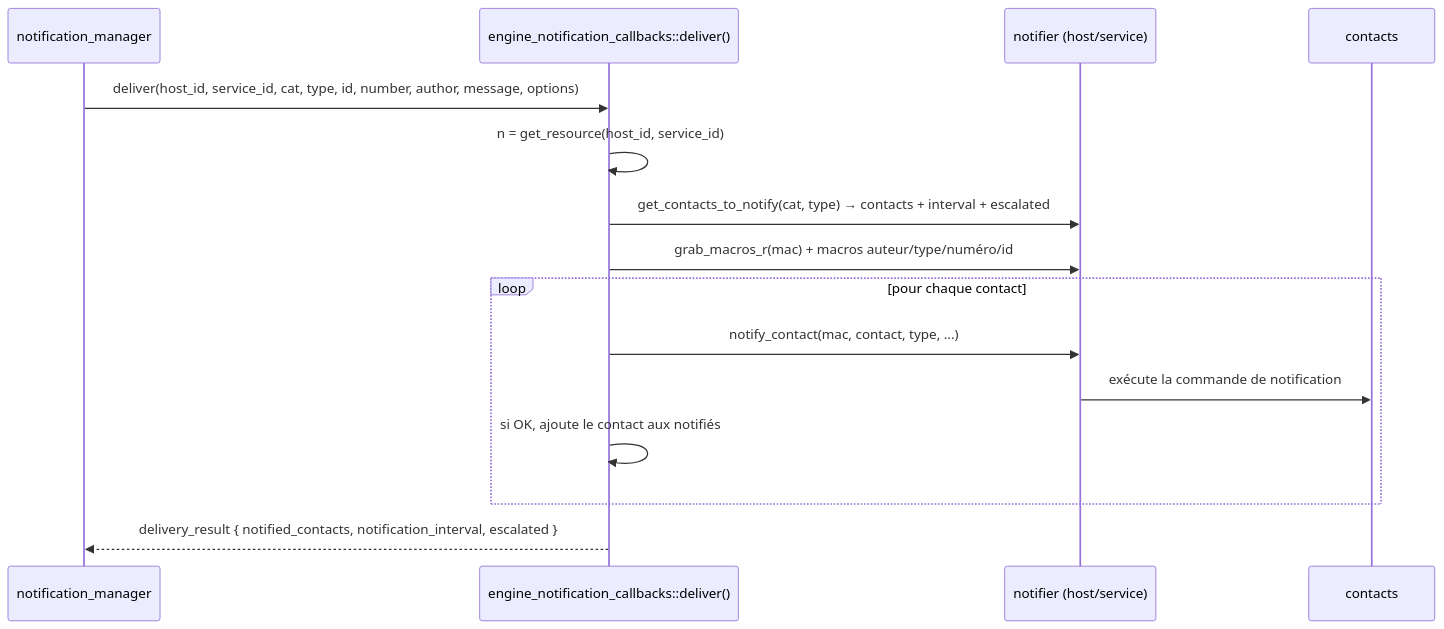
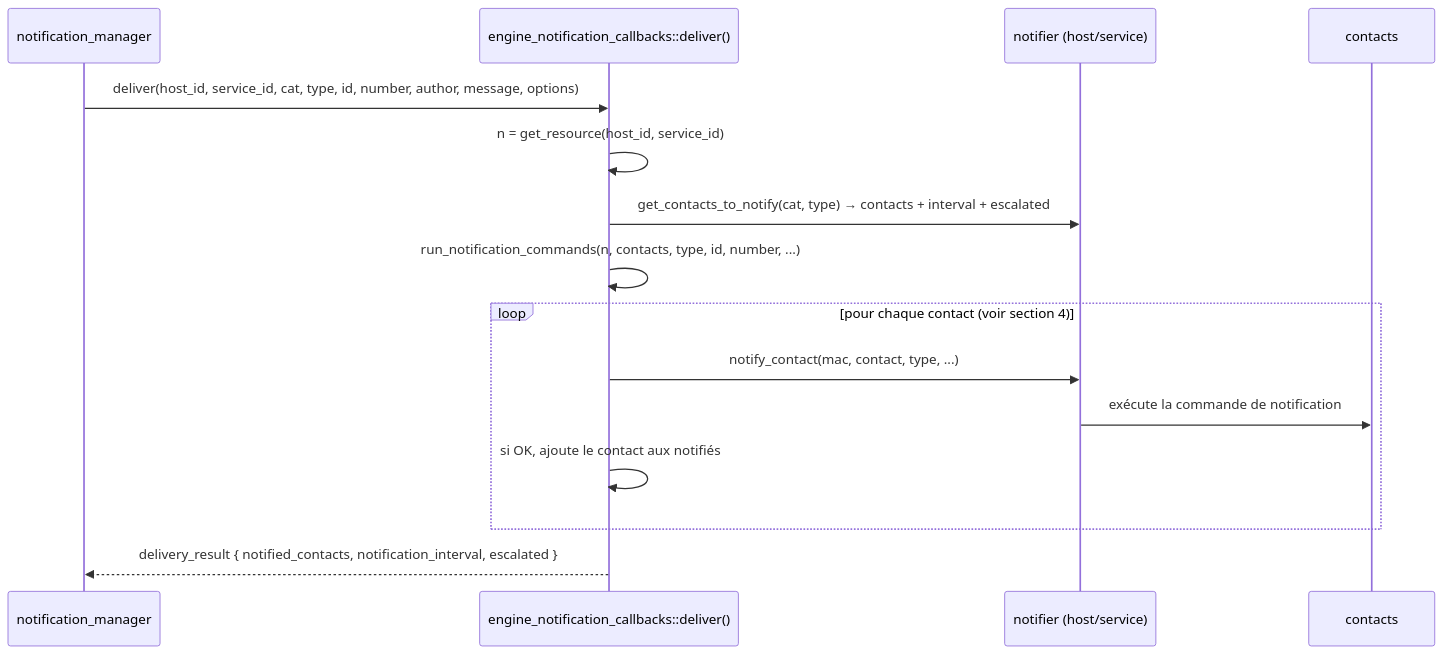
One commit to centreon/centreon-collect changed diagram 12 of 14 in doc/notifications-fr.md. Above: the diagram before and after it, drawn with Mermaid. The commit also changed other lines of this file and 3 other files, not shown here.

````diff
--- a/doc/notifications-fr.md
+++ b/doc/notifications-fr.md
@@ -562,18 +574,18 @@
 ```mermaid
 sequenceDiagram
     participant NM as notification_manager
     participant ENC as engine_notification_callbacks::deliver()
     participant NF as notifier (host/service)
     participant CT as contacts
 
     NM->>ENC: deliver(host_id, service_id, cat, type, id, number, author, message, options)
     ENC->>ENC: n = get_resource(host_id, service_id)
     ENC->>NF: get_contacts_to_notify(cat, type) → contacts + interval + escalated
-    ENC->>NF: grab_macros_r(mac) + macros auteur/type/numéro/id
-    loop pour chaque contact
+    ENC->>ENC: run_notification_commands(n, contacts, type, id, number, ...)
+    loop pour chaque contact (voir section 4)
         ENC->>NF: notify_contact(mac, contact, type, ...)
         NF->>CT: exécute la commande de notification
         ENC->>ENC: si OK, ajoute le contact aux notifiés
     end
     ENC-->>NM: delivery_result { notified_contacts, notification_interval, escalated }
 ```
````
